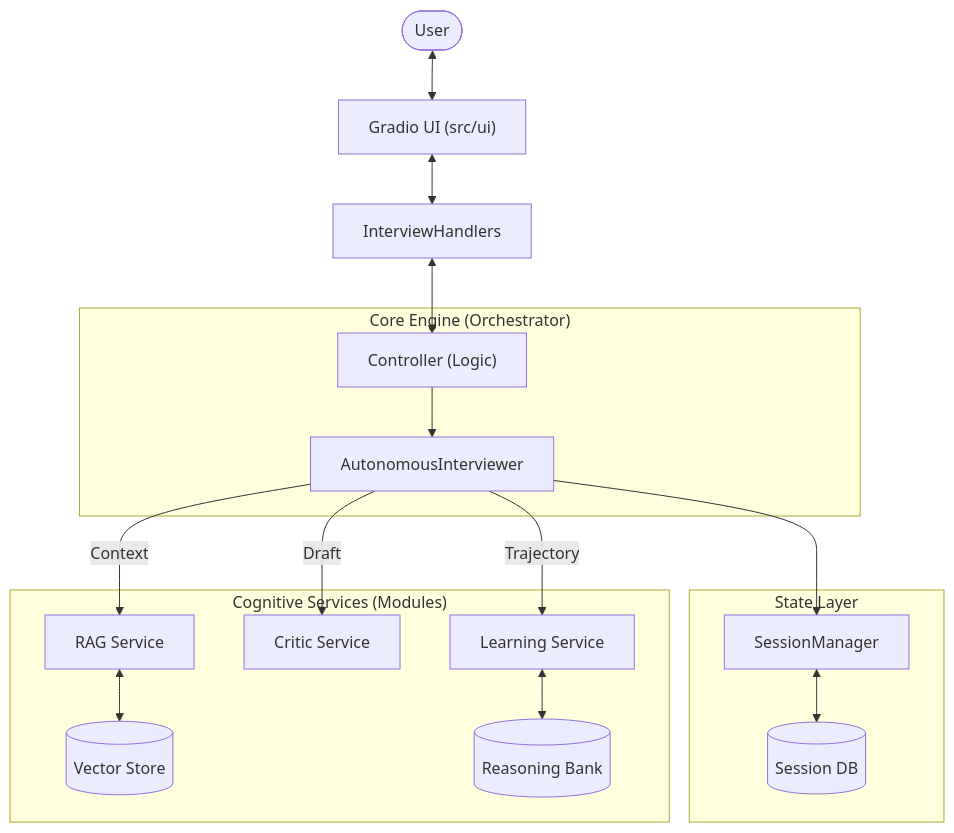
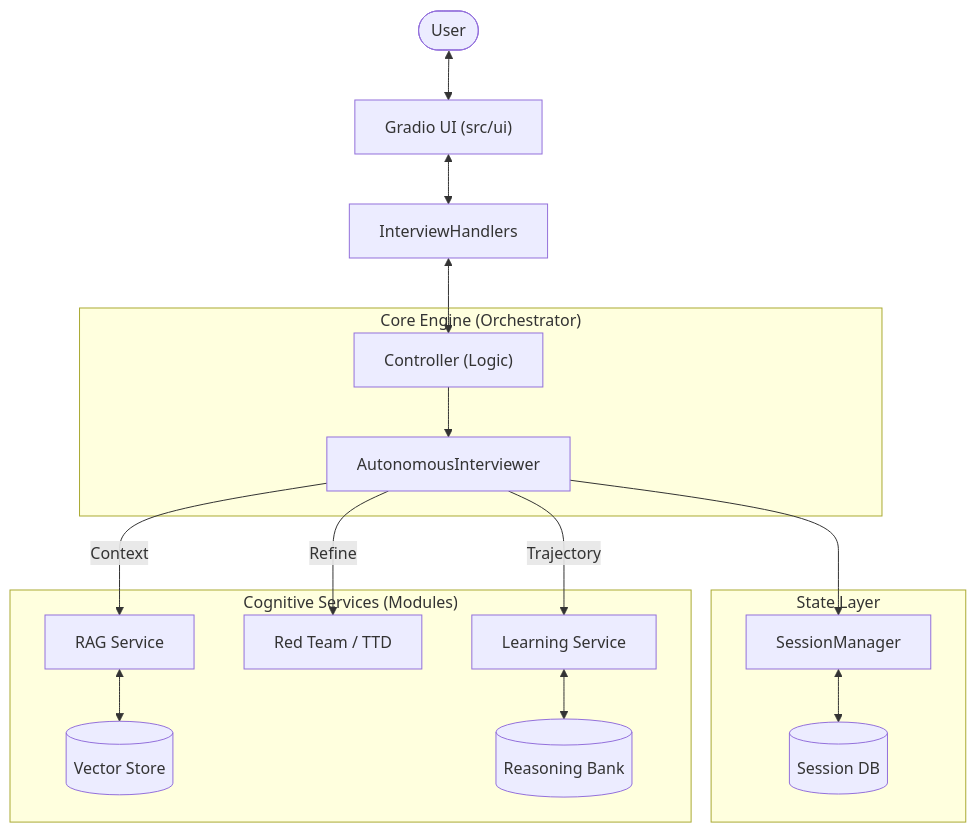
One commit to VIKAS9793/ai-interviewer-langchain changed the first of 2 diagrams in README.md. Above: the diagram before and after it, drawn with Mermaid. The commit also changed other lines of this file and 21 other files, not shown here.

````diff
--- a/README.md
+++ b/README.md
@@ -145,31 +154,31 @@
 ```mermaid
 flowchart TD
     User([User]) <--> View["Gradio UI (src/ui)"]
     View <--> Handler[InterviewHandlers]
     Handler <--> Ctrl["Controller (Logic)"]
     
     subgraph "Core Engine (Orchestrator)"
         Ctrl --> AutoInt[AutonomousInterviewer]
     end
     
     subgraph "State Layer"
         SM[SessionManager]
         DB[(Session DB)]
         SM <--> DB
     end
     
     subgraph "Cognitive Services (Modules)"
         RAG[RAG Service]
-        Critic[Critic Service]
+        RTTD[Red Team / TTD]
         Learn[Learning Service]
         
         RAG <--> VDB[(Vector Store)]
         Learn <--> RB[(Reasoning Bank)]
     end
     
     AutoInt --> SM
     
     AutoInt -- "Context" --> RAG
-    AutoInt -- "Draft" --> Critic
+    AutoInt -- "Refine" --> RTTD
     AutoInt -- "Trajectory" --> Learn
 ```
````
